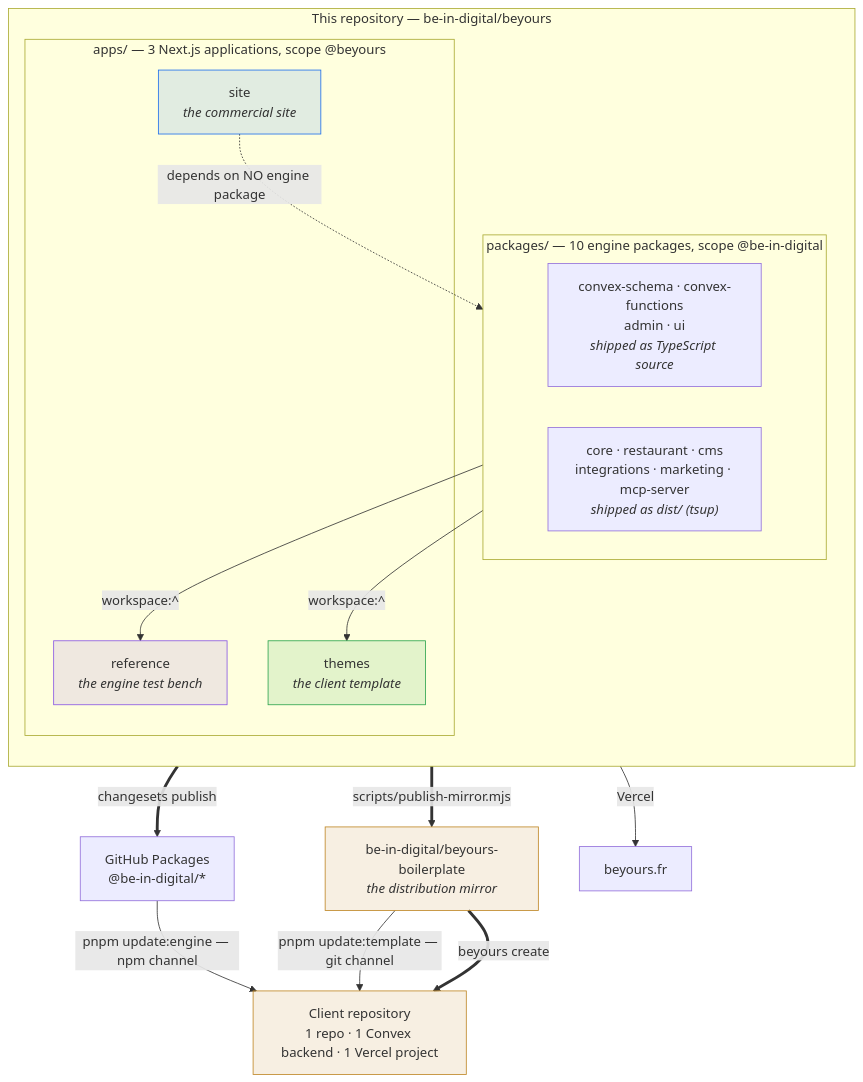
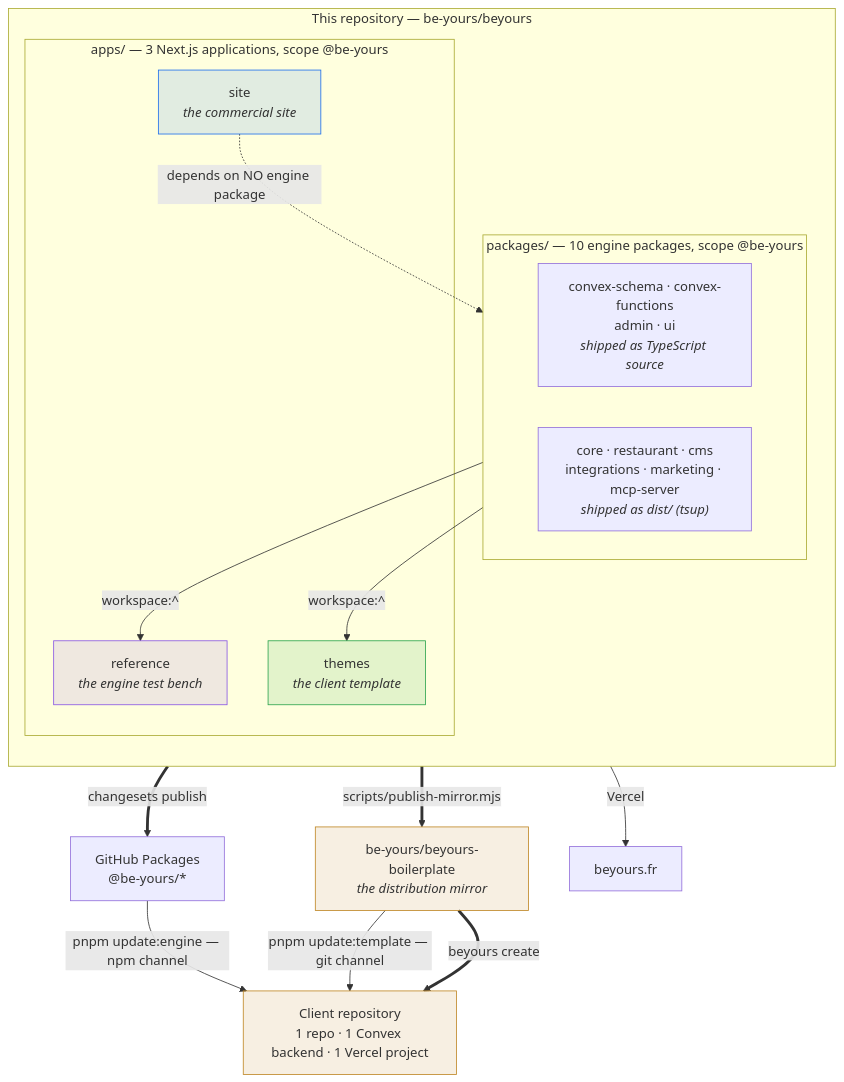
One commit to be-in-digital/beyours changed the first of 5 diagrams in README.md. Above: the diagram before and after it, drawn with Mermaid. The commit also changed other lines of this file and 1153 other files, not shown here.

````diff
--- a/README.md
+++ b/README.md
@@ -44,34 +44,34 @@
 ```mermaid
 flowchart TB
-    subgraph repo["This repository — be-in-digital/beyours"]
+    subgraph repo["This repository — be-yours/beyours"]
         direction TB
-        subgraph pkgs["packages/ — 10 engine packages, scope @be-in-digital"]
+        subgraph pkgs["packages/ — 10 engine packages, scope @be-yours"]
             P1["convex-schema · convex-functions<br/>admin · ui<br/><i>shipped as TypeScript source</i>"]
             P2["core · restaurant · cms<br/>integrations · marketing · mcp-server<br/><i>shipped as dist/ (tsup)</i>"]
         end
-        subgraph apps["apps/ — 3 Next.js applications, scope @beyours"]
+        subgraph apps["apps/ — 3 Next.js applications, scope @be-yours"]
             A1["site<br/><i>the commercial site</i>"]
             A2["reference<br/><i>the engine test bench</i>"]
             A3["themes<br/><i>the client template</i>"]
         end
     end
 
     pkgs -->|"workspace:^"| A2
     pkgs -->|"workspace:^"| A3
     A1 -.->|"depends on NO engine package"| pkgs
 
-    pkgs ==>|"changesets publish"| REG["GitHub Packages<br/>@be-in-digital/*"]
-    A3 ==>|"scripts/publish-mirror.mjs"| MIR["be-in-digital/beyours-boilerplate<br/><i>the distribution mirror</i>"]
+    pkgs ==>|"changesets publish"| REG["GitHub Packages<br/>@be-yours/*"]
+    A3 ==>|"scripts/publish-mirror.mjs"| MIR["be-yours/beyours-boilerplate<br/><i>the distribution mirror</i>"]
 
     REG -->|"pnpm update:engine — npm channel"| CLI
     MIR -->|"pnpm update:template — git channel"| CLI
 
     A1 -->|Vercel| PROD["beyours.fr"]
     MIR ==>|"beyours create"| CLI["Client repository<br/>1 repo · 1 Convex backend · 1 Vercel project"]
 
     style A1 fill:#1f6feb22,stroke:#1f6feb
     style A2 fill:#8957e522,stroke:#8957e5
     style A3 fill:#2da44e22,stroke:#2da44e
     style CLI fill:#bf872622,stroke:#bf8726
     style MIR fill:#bf872622,stroke:#bf8726
 ```
````
